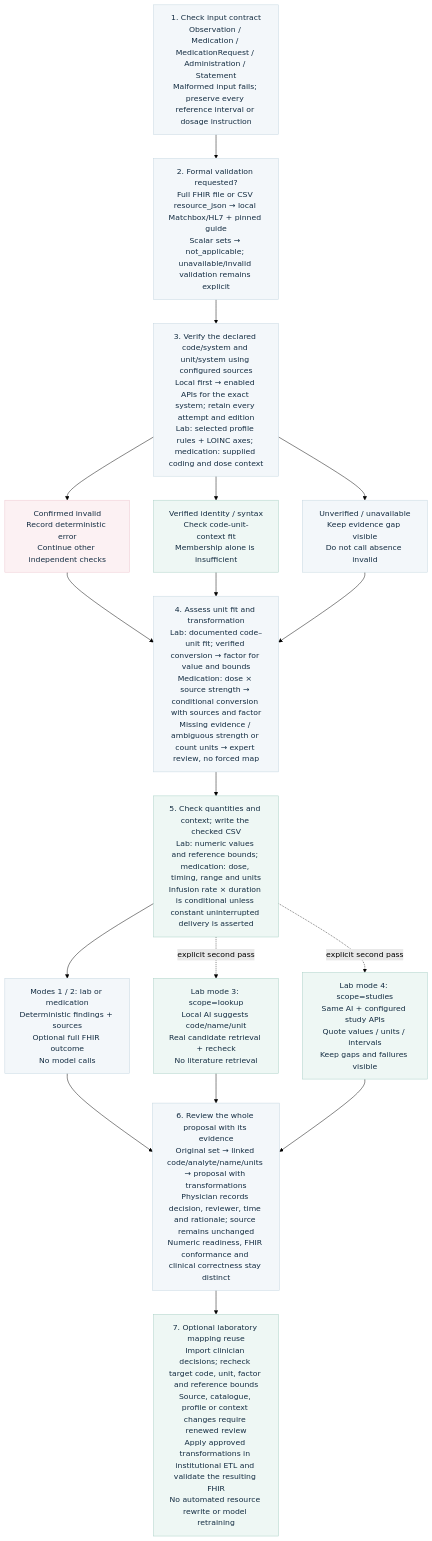
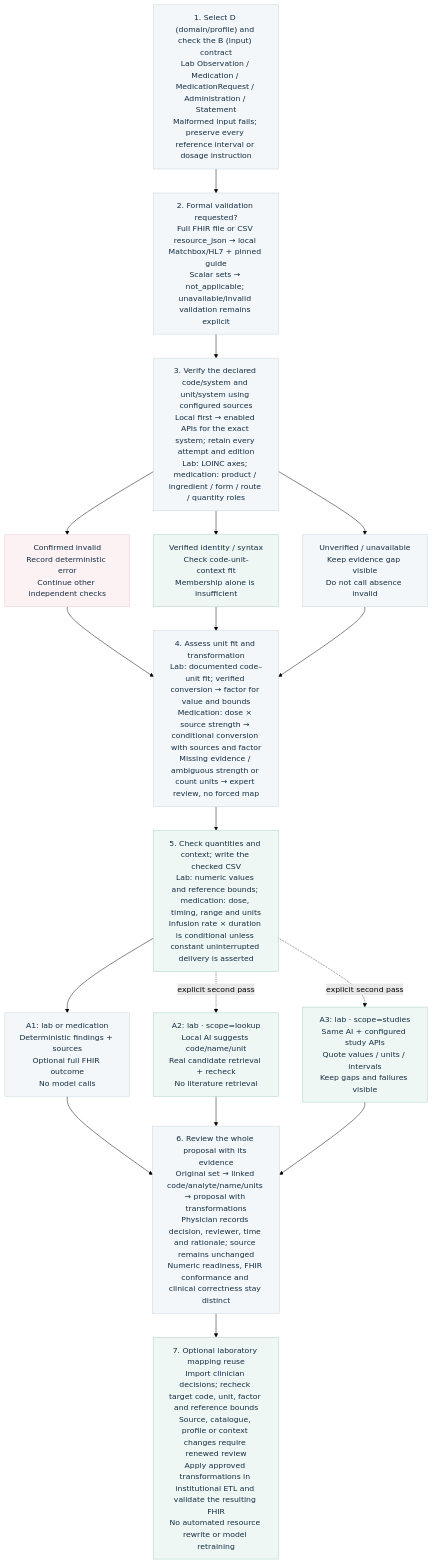
Before and after one commit to neumdan/semantic-plausibility: the diagram in docs/decision-flow.mmd, drawn with Mermaid (forest theme). The commit also changed 50 other files, not shown here.

```diff
--- a/docs/decision-flow.mmd
+++ b/docs/decision-flow.mmd
@@ -1,37 +1,37 @@
 %% Same node/edge contract as decision-flow.svg.
 flowchart TD
-    CONTRACT["1. Check input contract<br/>Observation / Medication / MedicationRequest / Administration / Statement<br/>Malformed input fails; preserve every reference interval or dosage instruction"]
+    CONTRACT["1. Select D (domain/profile) and check the B (input) contract<br/>Lab Observation / Medication / MedicationRequest / Administration / Statement<br/>Malformed input fails; preserve every reference interval or dosage instruction"]
     VALIDATION["2. Formal validation requested?<br/>Full FHIR file or CSV resource_json → local Matchbox/HL7 + pinned guide<br/>Scalar sets → not_applicable; unavailable/invalid validation remains explicit"]
-    LOOKUP["3. Verify the declared code/system and unit/system using configured sources<br/>Local first → enabled APIs for the exact system; retain every attempt and edition<br/>Lab: selected profile rules + LOINC axes; medication: supplied coding and dose context"]
+    LOOKUP["3. Verify the declared code/system and unit/system using configured sources<br/>Local first → enabled APIs for the exact system; retain every attempt and edition<br/>Lab: LOINC axes; medication: product / ingredient / form / route / quantity roles"]
     INVALID["Confirmed invalid<br/>Record deterministic error<br/>Continue other independent checks"]
     VERIFIED["Verified identity / syntax<br/>Check code-unit-context fit<br/>Membership alone is insufficient"]
     UNKNOWN["Unverified / unavailable<br/>Keep evidence gap visible<br/>Do not call absence invalid"]
     FIT["4. Assess unit fit and transformation<br/>Lab: documented code–unit fit; verified conversion → factor for value and bounds<br/>Medication: dose × source strength → conditional conversion with sources and factor<br/>Missing evidence / ambiguous strength or count units → expert review, no forced map"]
     NUMERIC["5. Check quantities and context; write the checked CSV<br/>Lab: numeric values and reference bounds; medication: dose, timing, range and units<br/>Infusion rate × duration is conditional unless constant uninterrupted delivery is asserted"]
-    NO_AI["Modes 1 / 2: lab or medication<br/>Deterministic findings + sources<br/>Optional full FHIR outcome<br/>No model calls"]
-    AI["Lab mode 3: scope=lookup<br/>Local AI suggests code/name/unit<br/>Real candidate retrieval + recheck<br/>No literature retrieval"]
-    EVIDENCE["Lab mode 4: scope=studies<br/>Same AI + configured study APIs<br/>Quote values / units / intervals<br/>Keep gaps and failures visible"]
+    NO_AI["A1: lab or medication<br/>Deterministic findings + sources<br/>Optional full FHIR outcome<br/>No model calls"]
+    AI["A2: lab · scope=lookup<br/>Local AI suggests code/name/unit<br/>Real candidate retrieval + recheck<br/>No literature retrieval"]
+    EVIDENCE["A3: lab · scope=studies<br/>Same AI + configured study APIs<br/>Quote values / units / intervals<br/>Keep gaps and failures visible"]
     REVIEW["6. Review the whole proposal with its evidence<br/>Original set → linked code/analyte/name/units → proposal with transformations<br/>Physician records decision, reviewer, time and rationale; source remains unchanged<br/>Numeric readiness, FHIR conformance and clinical correctness stay distinct"]
     REUSE["7. Optional laboratory mapping reuse<br/>Import clinician decisions; recheck target code, unit, factor and reference bounds<br/>Source, catalogue, profile or context changes require renewed review<br/>Apply approved transformations in institutional ETL and validate the resulting FHIR<br/>No automated resource rewrite or model retraining"]
     CONTRACT --> VALIDATION
     VALIDATION --> LOOKUP
     LOOKUP --> INVALID
     LOOKUP --> VERIFIED
     LOOKUP --> UNKNOWN
     INVALID --> FIT
     VERIFIED --> FIT
     UNKNOWN --> FIT
     FIT --> NUMERIC
     NUMERIC --> NO_AI
     NUMERIC -.-> |"explicit second pass"| AI
     NUMERIC -.-> |"explicit second pass"| EVIDENCE
     NO_AI --> REVIEW
     AI --> REVIEW
     EVIDENCE --> REVIEW
     REVIEW --> REUSE
     classDef normal fill:#f3f7fa,stroke:#c4d5df,color:#142d42
     class CONTRACT,VALIDATION,LOOKUP,UNKNOWN,FIT,NO_AI,REVIEW normal
     classDef teal fill:#eef7f4,stroke:#a8cfc6,color:#142d42
     class VERIFIED,NUMERIC,AI,EVIDENCE,REUSE teal
     classDef error fill:#fcf1f3,stroke:#ecc7cf,color:#142d42
     class INVALID error
```
